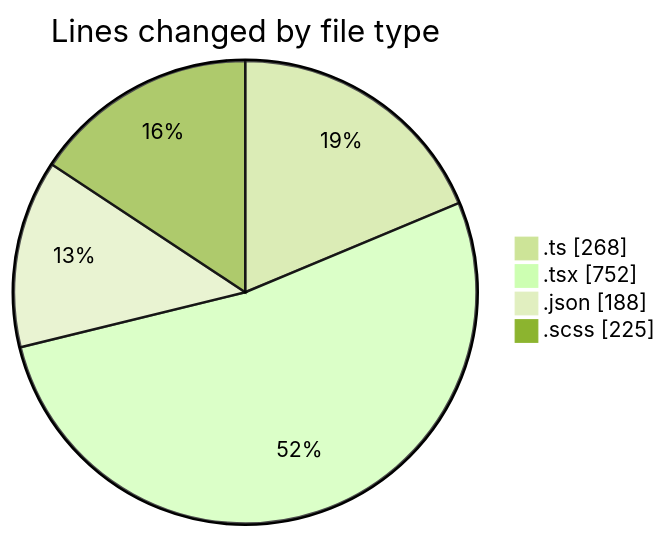
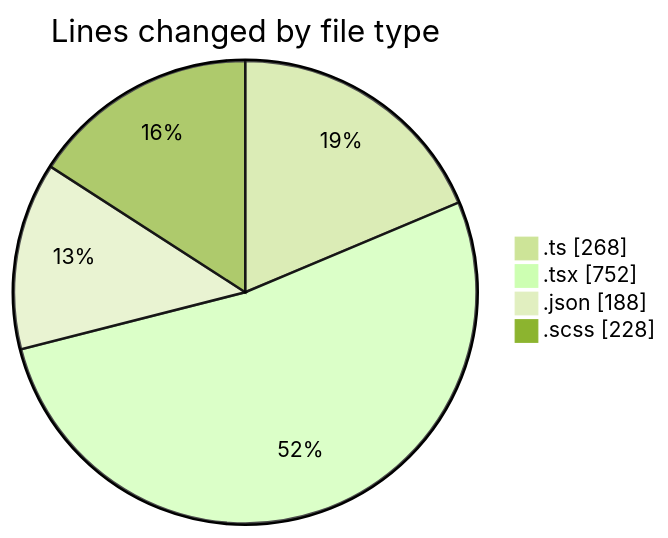
One commit to momahboobian/code-tracking changed the first of 2 diagrams in 2026-05-07/cda/README.md. Above: the diagram before and after it, drawn with Mermaid (forest theme). The commit also changed other lines of this file and 1 other file, not shown here.

````diff
--- a/2026-05-07/cda/README.md
+++ b/2026-05-07/cda/README.md
@@ -32,8 +32,8 @@
 ```mermaid
 pie showData
 title Lines changed by file type
 ".ts" : 268
 ".tsx" : 752
 ".json" : 188
-".scss" : 225
+".scss" : 228
 ```
````
